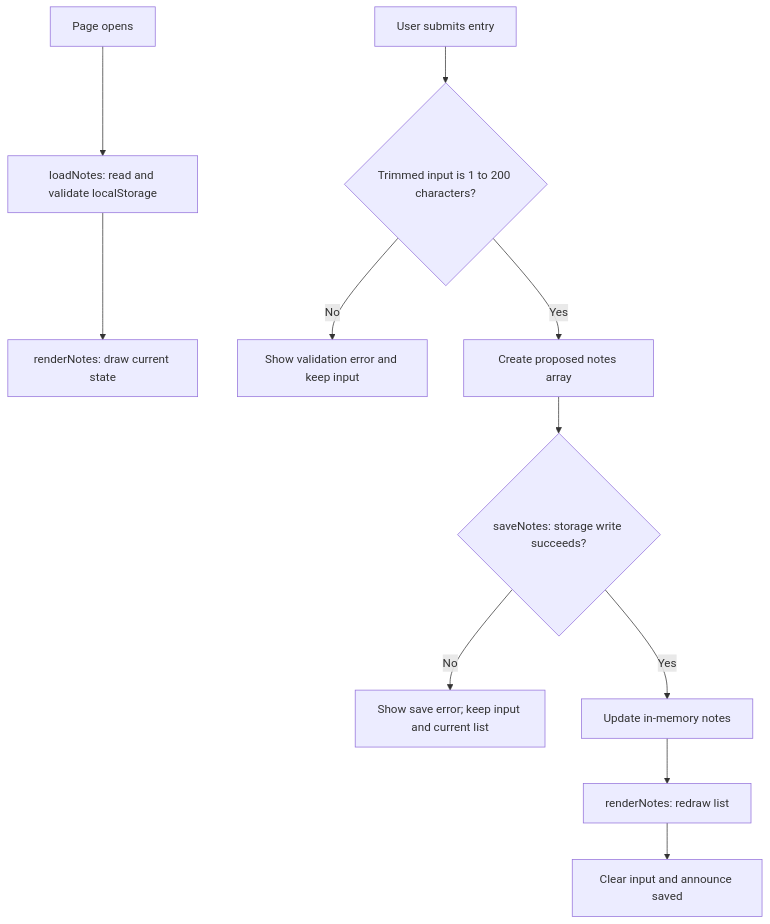
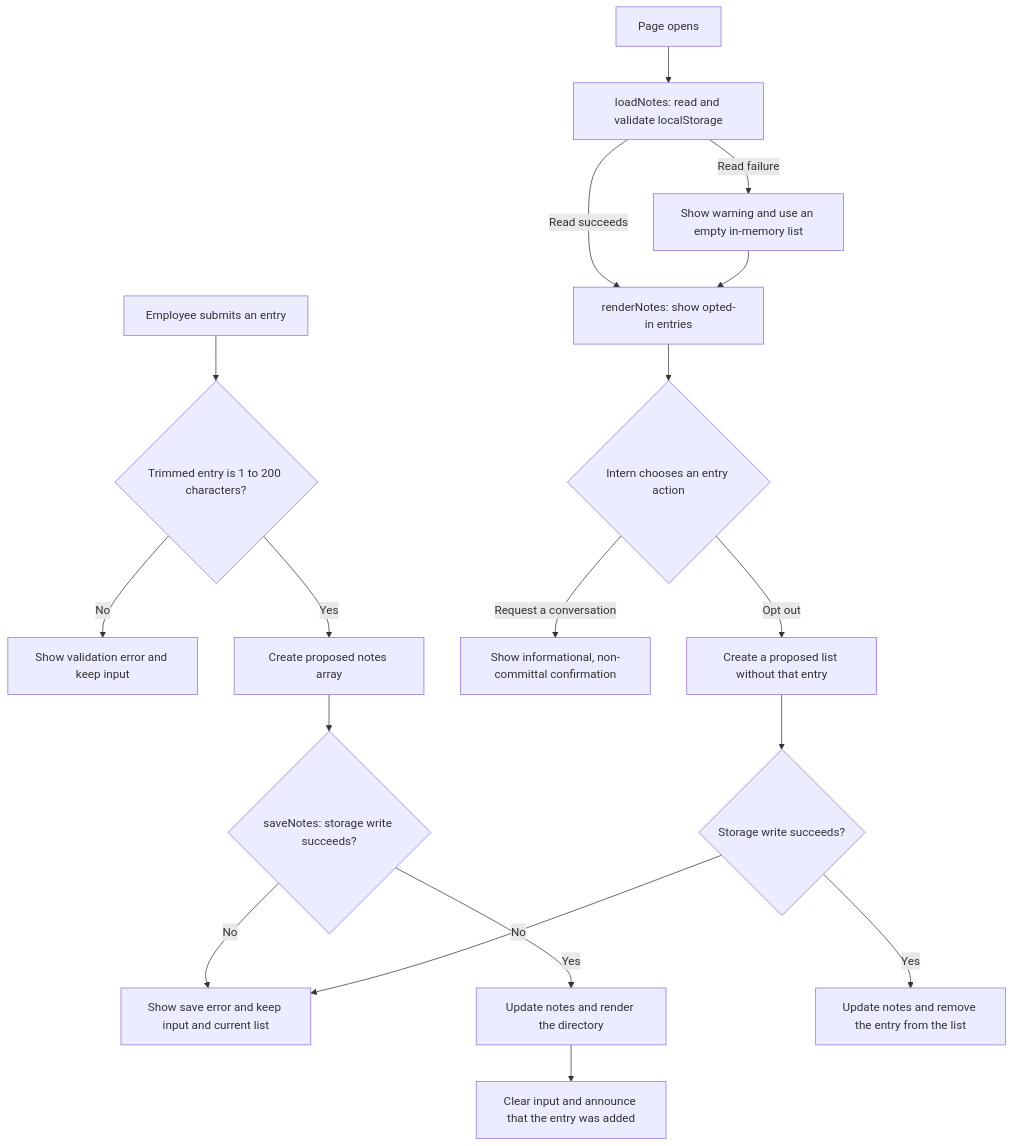
The diagram in README.md (mehtaaashi05/mgt3745-hw3), drawn with Mermaid before and after one commit. The commit also changed other lines of this file and 9 other files, not shown here.

````diff
--- a/README.md
+++ b/README.md
@@ -49,13 +42,20 @@
 ```mermaid
 flowchart TD
- A[Page opens] --> B[loadNotes: read and validate localStorage]
-  B --> C[renderNotes: draw current state]
-  D[User submits entry] --> E{Trimmed input is 1 to 200 characters?}
-  E -->|No| F[Show validation error and keep input]
-  E -->|Yes| G[Create proposed notes array]
-  G --> H{saveNotes: storage write succeeds?}
-  H -->|No| I[Show save error; keep input and current list]
-  H -->|Yes| J[Update in-memory notes]
-  J --> K[renderNotes: redraw list]
-  K --> L[Clear input and announce saved]
+     A[Page opens] --> B[loadNotes: read and validate localStorage]
+     B -->|Read failure| C[Show warning and use an empty in-memory list]
+     B -->|Read succeeds| D[renderNotes: show opted-in entries]
+     C --> D
+     E[Employee submits an entry] --> F{Trimmed entry is 1 to 200 characters?}
+     F -->|No| G[Show validation error and keep input]
+     F -->|Yes| H[Create proposed notes array]
+     H --> I{saveNotes: storage write succeeds?}
+     I -->|No| J[Show save error and keep input and current list]
+     I -->|Yes| K[Update notes and render the directory]
+     K --> L[Clear input and announce that the entry was added]
+     D --> M{Intern chooses an entry action}
+     M -->|Request a conversation| N[Show informational, non-committal confirmation]
+     M -->|Opt out| O[Create a proposed list without that entry]
+     O --> P{Storage write succeeds?}
+     P -->|No| J
+     P -->|Yes| Q[Update notes and remove the entry from the list]
 ```
````
